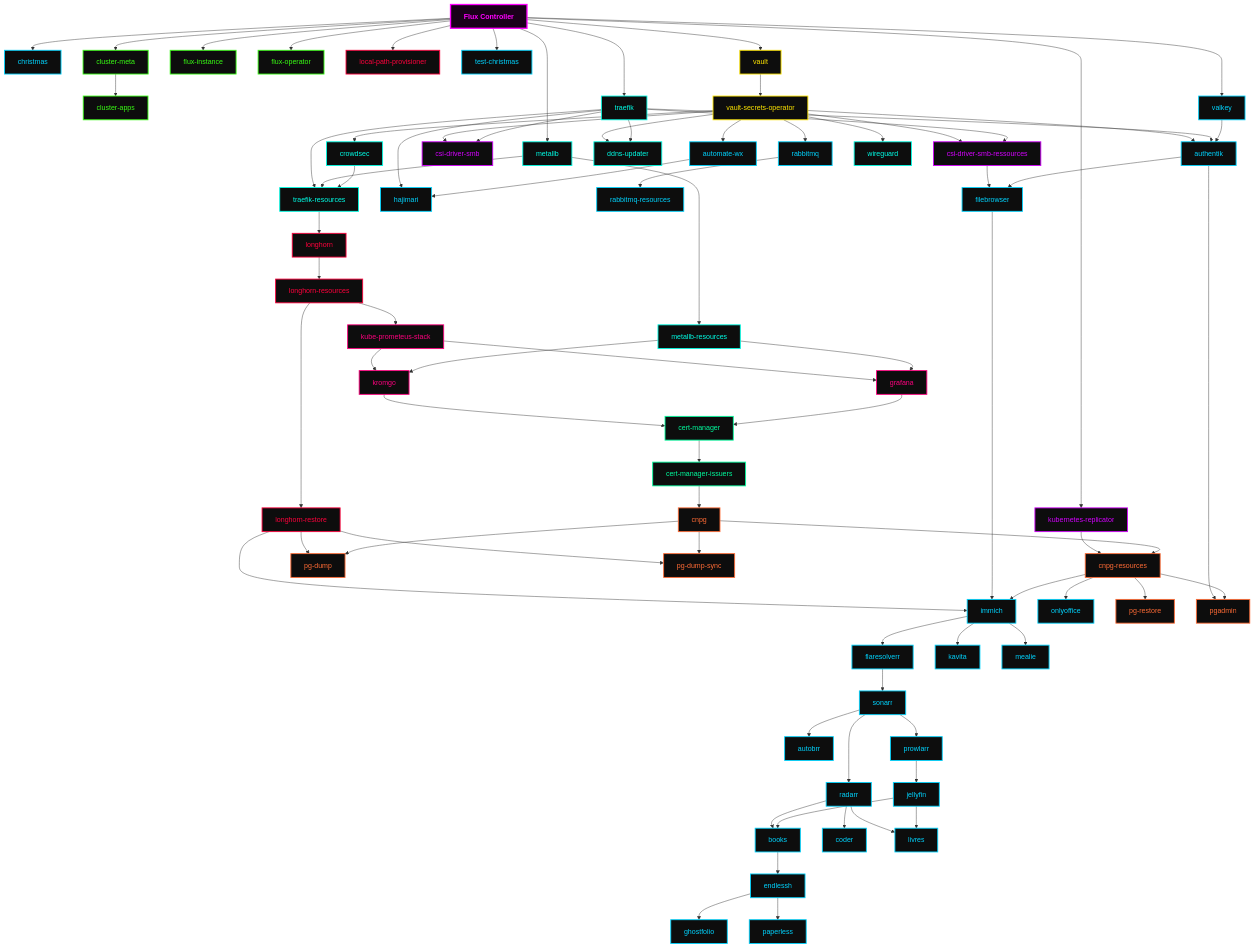
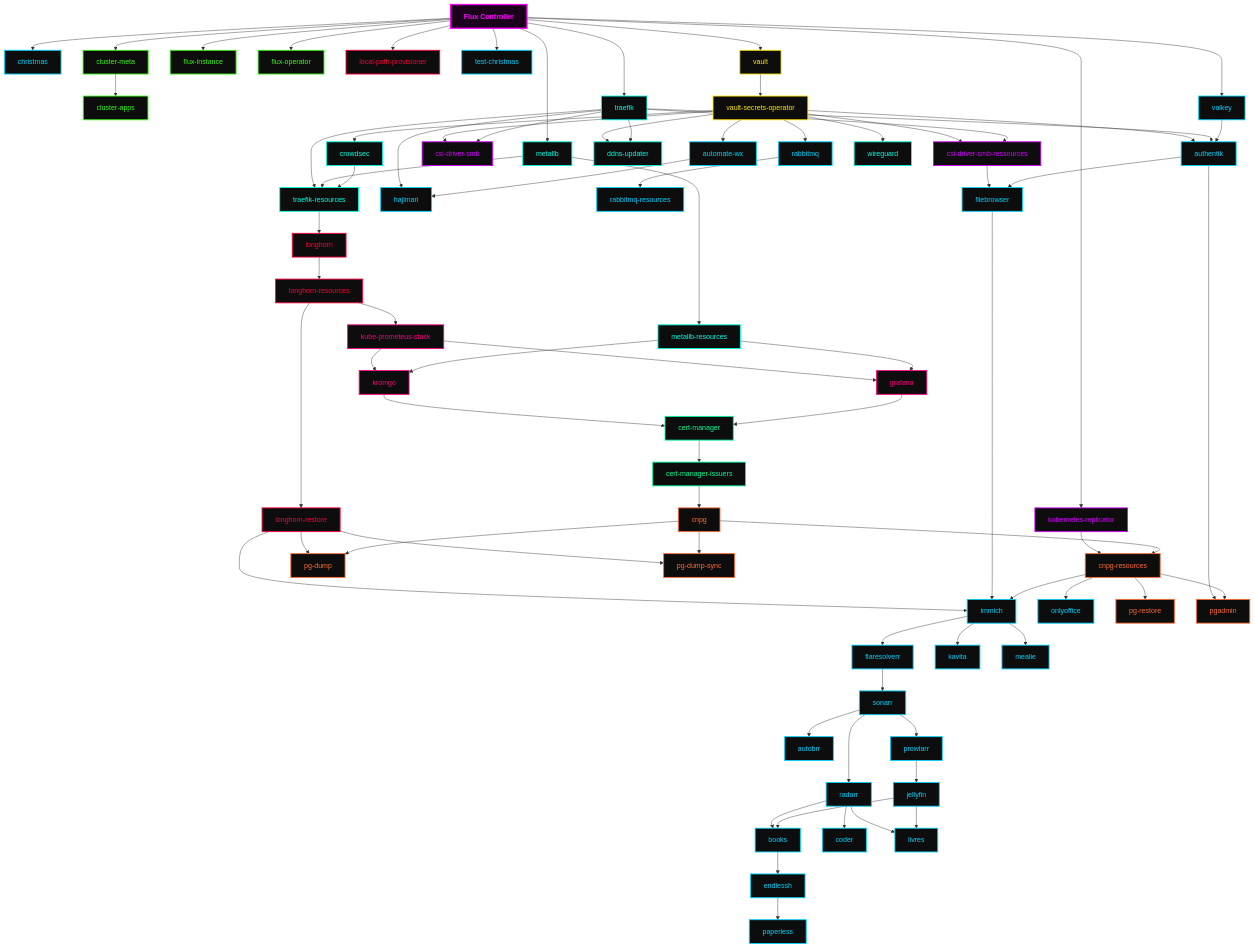
One commit to rdartus/home-ops changed the diagram in README.md. Above: the diagram before and after it, drawn with Mermaid. The commit also changed 11 other files, not shown here.

```diff
--- a/README.md
+++ b/README.md
@@ -113,7 +113,6 @@
   default__flaresolverr["flaresolverr"]
   flux_system__flux_instance["flux-instance"]
   flux_system__flux_operator["flux-operator"]
-  default__ghostfolio["ghostfolio"]
   observability__grafana["grafana"]
   default__hajimari["hajimari"]
   default__immich["immich"]
@@ -174,7 +173,6 @@
   default__authentik --> default__filebrowser
   default__automate_wx --> default__hajimari
   default__books --> default__endlessh
-  default__endlessh --> default__ghostfolio
   default__endlessh --> default__paperless
   default__filebrowser --> default__immich
   default__flaresolverr --> default__sonarr
@@ -241,7 +239,7 @@
   class flux_controller cls_flux_ctrl;
   class cert_manager__cert_manager,cert_manager__cert_manager_issuers cls_cert_manager;
   class database__cnpg,database__cnpg_resources,database__pg_dump,database__pg_dump_sync,database__pg_restore,database__pgadmin cls_database;
-  class default__authentik,default__autobrr,default__automate_wx,default__books,default__christmas,default__coder,default__endlessh,default__filebrowser,default__flaresolverr,default__ghostfolio,default__hajimari,default__immich,default__jellyfin,default__kavita,default__livres,default__mealie,default__onlyoffice,default__paperless,default__prowlarr,default__rabbitmq,default__rabbitmq_resources,default__radarr,default__sonarr,default__test_christmas,default__valkey cls_default;
+  class default__authentik,default__autobrr,default__automate_wx,default__books,default__christmas,default__coder,default__endlessh,default__filebrowser,default__flaresolverr,default__hajimari,default__immich,default__jellyfin,default__kavita,default__livres,default__mealie,default__onlyoffice,default__paperless,default__prowlarr,default__rabbitmq,default__rabbitmq_resources,default__radarr,default__sonarr,default__test_christmas,default__valkey cls_default;
   class flux_system__cluster_apps,flux_system__cluster_meta,flux_system__flux_instance,flux_system__flux_operator cls_flux_system;
   class kube_system__csi_driver_smb,kube_system__csi_driver_smb_ressources,kube_system__kubernetes_replicator cls_kube_system;
   class longhorn_system__local_path_provisioner,longhorn_system__longhorn,longhorn_system__longhorn_resources,longhorn_system__longhorn_restore cls_longhorn_system;
```
